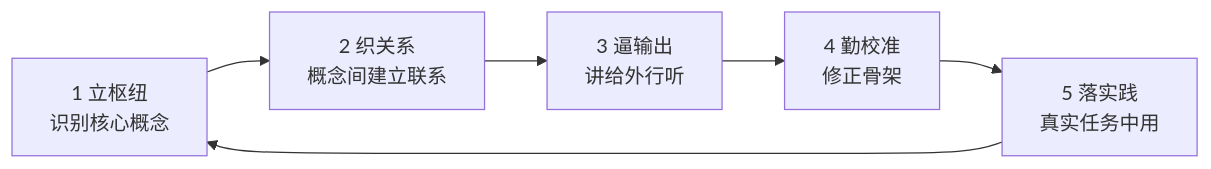
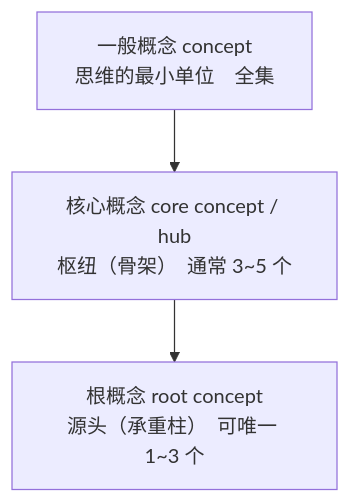
One commit to Yongjunzhou/AOS-system-design changed the diagram in 50-research/教材书/成书/build/.mmd/ch01-fig01.mmd. Above: the diagram before and after it, drawn with Mermaid. The commit also changed 90 other files, not shown here.

```diff
--- a/50-research/教材书/成书/build/.mmd/ch01-fig01.mmd
+++ b/50-research/教材书/成书/build/.mmd/ch01-fig01.mmd
@@ -1,6 +1,3 @@
-flowchart LR
-    A["1 立枢纽<br/>识别核心概念"] --> B["2 织关系<br/>概念间建立联系"]
-    B --> C["3 逼输出<br/>讲给外行听"]
-    C --> D["4 勤校准<br/>修正骨架"]
-    D --> E["5 落实践<br/>真实任务中用"]
-    E --> A
+flowchart TD
+    A["一般概念 concept<br/>思维的最小单位　全集"] --> B["核心概念 core concept / hub<br/>枢纽（骨架）　通常 3~5 个"]
+    B --> C["根概念 root concept<br/>源头（承重柱）　可唯一 1~3 个"]
```
